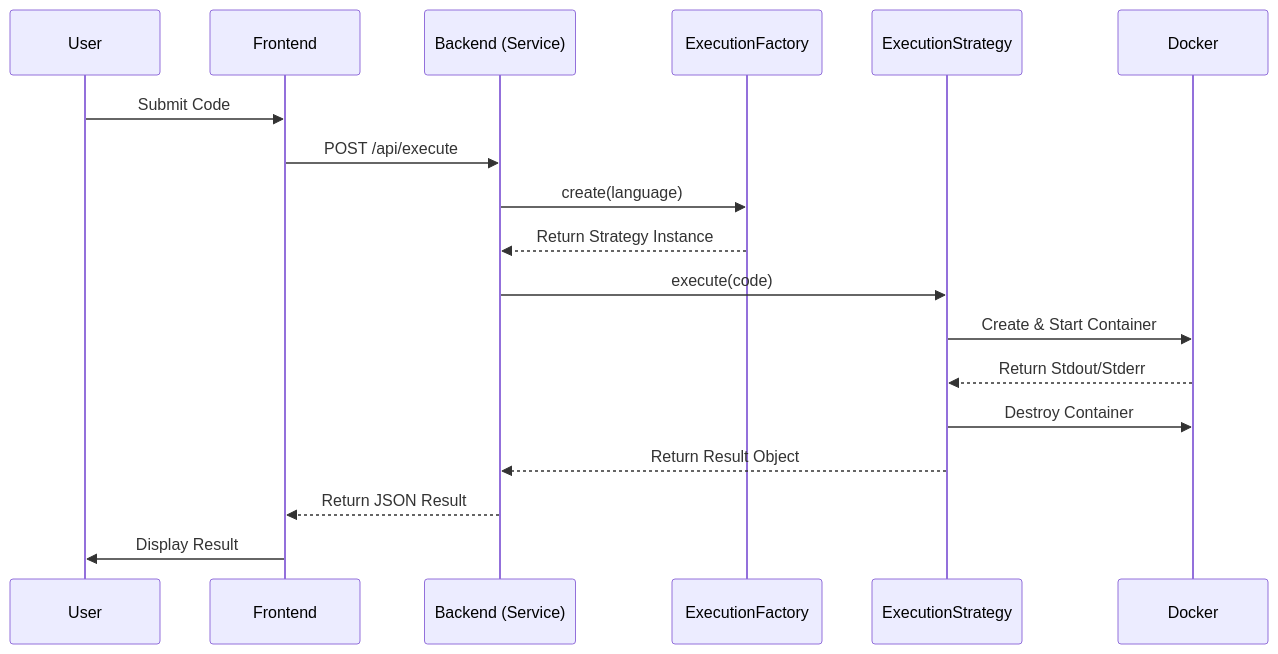
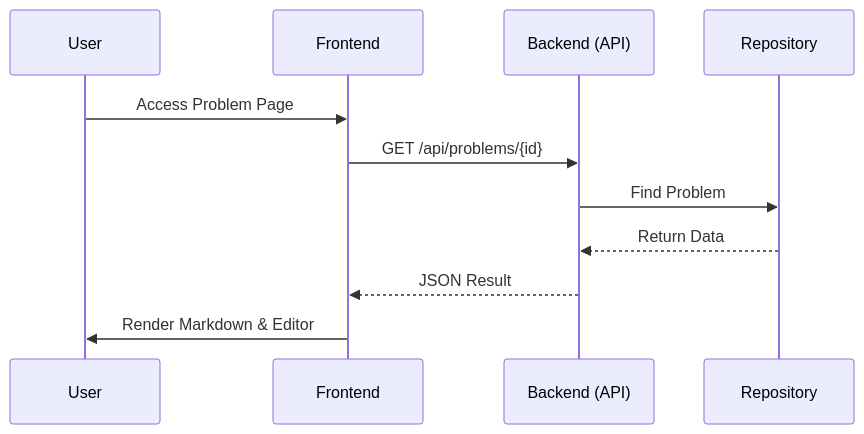
The second of 2 diagrams in .kiro/specs/dev-init/design.md (TMando616/dev-init), drawn with Mermaid before and after one commit. The commit also changed other lines of this file and 2 other files, not shown here.

````diff
--- a/.kiro/specs/dev-init/design.md
+++ b/.kiro/specs/dev-init/design.md
@@ -84,21 +80,14 @@
 ```mermaid
 sequenceDiagram
     participant U as User
     participant F as Frontend
-    participant B as Backend (Service)
-    participant E as ExecutionFactory
-    participant S as ExecutionStrategy
-    participant D as Docker
+    participant B as Backend (API)
+    participant R as Repository
     
-    U->>F: Submit Code
-    F->>B: POST /api/execute
-    B->>E: create(language)
-    E-->>B: Return Strategy Instance
-    B->>S: execute(code)
-    S->>D: Create & Start Container
-    D-->>S: Return Stdout/Stderr
-    S->>D: Destroy Container
-    S-->>B: Return Result Object
-    B-->>F: Return JSON Result
-    F->>U: Display Result
+    U->>F: Access Problem Page
+    F->>B: GET /api/problems/{id}
+    B->>R: Find Problem
+    R-->>B: Return Data
+    B-->>F: JSON Result
+    F->>U: Render Markdown & Editor
 ```
````
